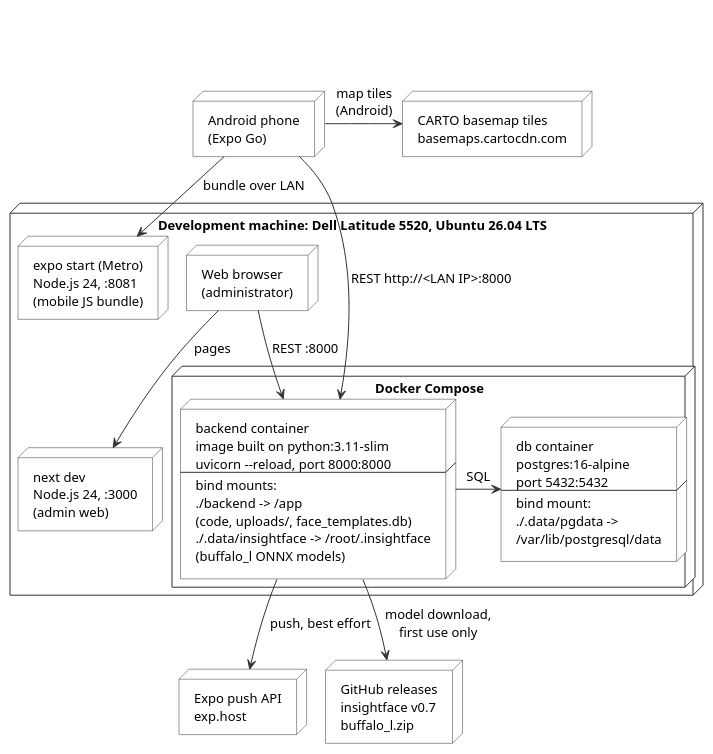
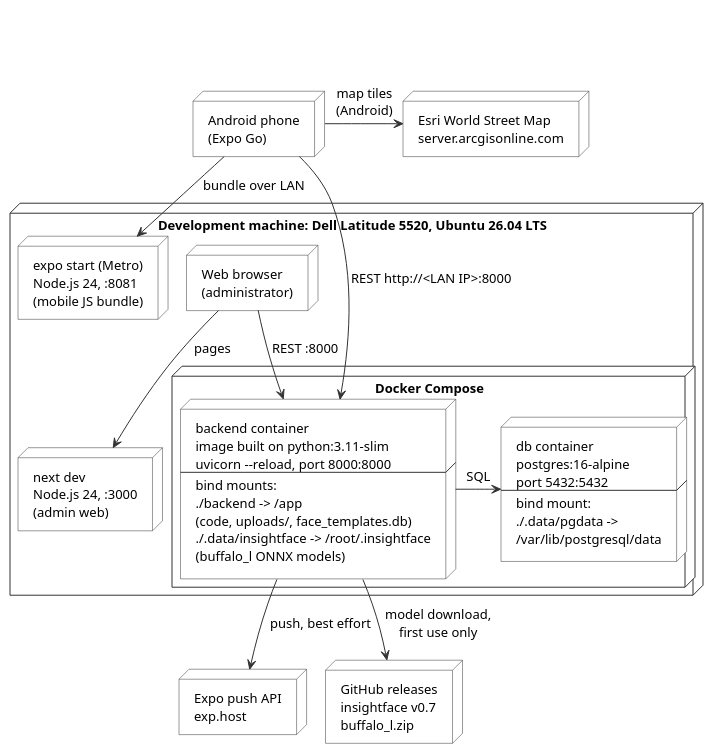
Before and after one commit to sanjula77/iPermit: the diagram in docs/thesis/diagrams/ch5-deployment.puml, drawn with PlantUML. The commit also changed 6 other files, not shown here.

First line of the commit message:
Switch the Android map to Esri tiles; CARTO now needs a key

```diff
--- a/docs/thesis/diagrams/ch5-deployment.puml
+++ b/docs/thesis/diagrams/ch5-deployment.puml
@@ -1,43 +1,43 @@
 @startuml ch5-deployment
 !pragma layout smetana
 title \n\n
 skinparam shadowing false
 skinparam defaultFontName Arial
 skinparam defaultFontSize 13
 skinparam node {
   BackgroundColor #FFFFFF
   BorderColor #333333
 }
 skinparam cloud {
   BackgroundColor #FFFFFF
   BorderColor #333333
 }
 skinparam arrow {
   Color #333333
 }
 
 node "Android phone\n(Expo Go)" as PHONE
 
 node "Development machine: Dell Latitude 5520, Ubuntu 26.04 LTS" as DEV {
   node "Web browser\n(administrator)" as BROWSER
   node "next dev\nNode.js 24, :3000\n(admin web)" as NEXT
   node "expo start (Metro)\nNode.js 24, :8081\n(mobile JS bundle)" as METRO
   node "Docker Compose" as DC {
     node "backend container\nimage built on python:3.11-slim\nuvicorn --reload, port 8000:8000\n----\nbind mounts:\n./backend -> /app\n(code, uploads/, face_templates.db)\n./.data/insightface -> /root/.insightface\n(buffalo_l ONNX models)" as BE
     node "db container\npostgres:16-alpine\nport 5432:5432\n----\nbind mount:\n./.data/pgdata ->\n/var/lib/postgresql/data" as DB
   }
 }
 
 node "Expo push API\nexp.host" as EXPO
-node "CARTO basemap tiles\nbasemaps.cartocdn.com" as OSM
+node "Esri World Street Map\nserver.arcgisonline.com" as OSM
 node "GitHub releases\ninsightface v0.7\nbuffalo_l.zip" as GH
 
 BROWSER -down-> NEXT : pages
 BROWSER -down-> BE : REST :8000
 PHONE -down-> METRO : bundle over LAN
 PHONE -down-> BE : REST http://<LAN IP>:8000
 BE -right-> DB : SQL
 PHONE -right-> OSM : map tiles\n(Android)
 BE -down-> EXPO : push, best effort
 BE -down-> GH : model download,\nfirst use only
 @enduml
```
